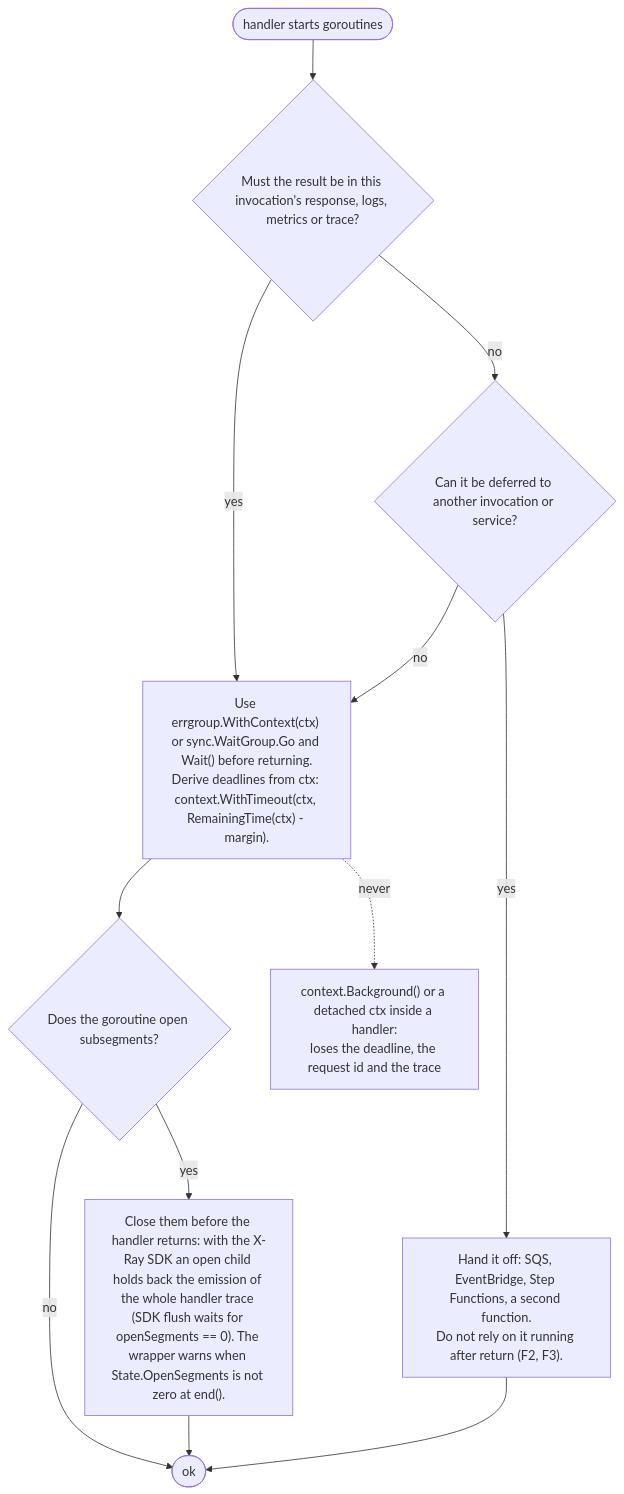
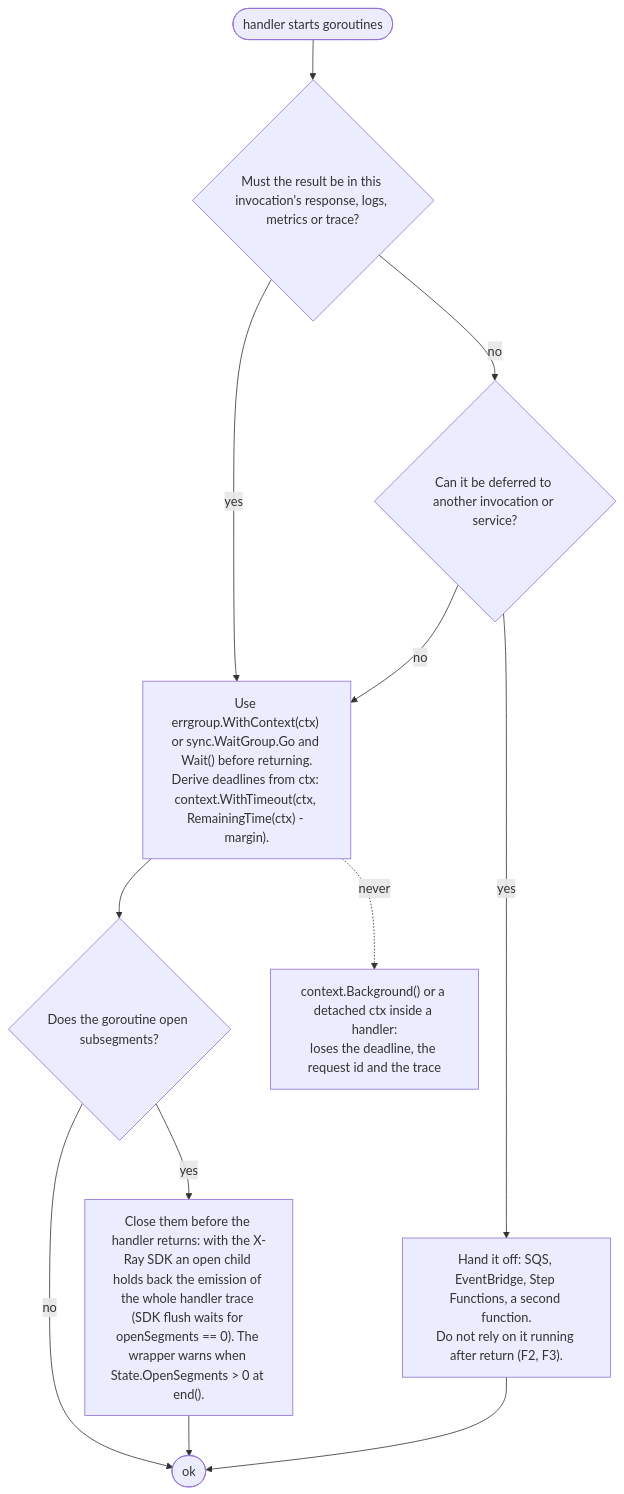
The eighth of 9 diagrams in 01-architecture.md (christiangda/powertools-lambda-go-plan), drawn with Mermaid before and after one commit. The commit also changed other lines of this file and 8 other files, not shown here.

````diff
--- a/01-architecture.md
+++ b/01-architecture.md
@@ -596,14 +596,14 @@
 ```mermaid
 flowchart TD
   start([handler starts goroutines]) --> q1{Must the result be in this invocation's response, logs, metrics or trace?}
   q1 -- yes --> wait["Use errgroup.WithContext(ctx) or sync.WaitGroup.Go and Wait() before returning.<br/>Derive deadlines from ctx: context.WithTimeout(ctx, RemainingTime(ctx) - margin)."]
   q1 -- no --> q2{Can it be deferred to another invocation or service?}
   q2 -- yes --> queue["Hand it off: SQS, EventBridge, Step Functions, a second function.<br/>Do not rely on it running after return (F2, F3)."]
   q2 -- no --> wait
   wait --> seg{Does the goroutine open subsegments?}
-  seg -- yes --> close["Close them before the handler returns: with the X-Ray SDK an open child holds back the emission of the whole handler trace (SDK flush waits for openSegments == 0). The wrapper warns when State.OpenSegments is not zero at end()."]
+  seg -- yes --> close["Close them before the handler returns: with the X-Ray SDK an open child holds back the emission of the whole handler trace (SDK flush waits for openSegments == 0). The wrapper warns when State.OpenSegments > 0 at end()."]
   seg -- no --> ok([ok])
   close --> ok
   queue --> ok
   wait -. never .-> bg["context.Background() or a detached ctx inside a handler:<br/>loses the deadline, the request id and the trace"]
 ```
````
